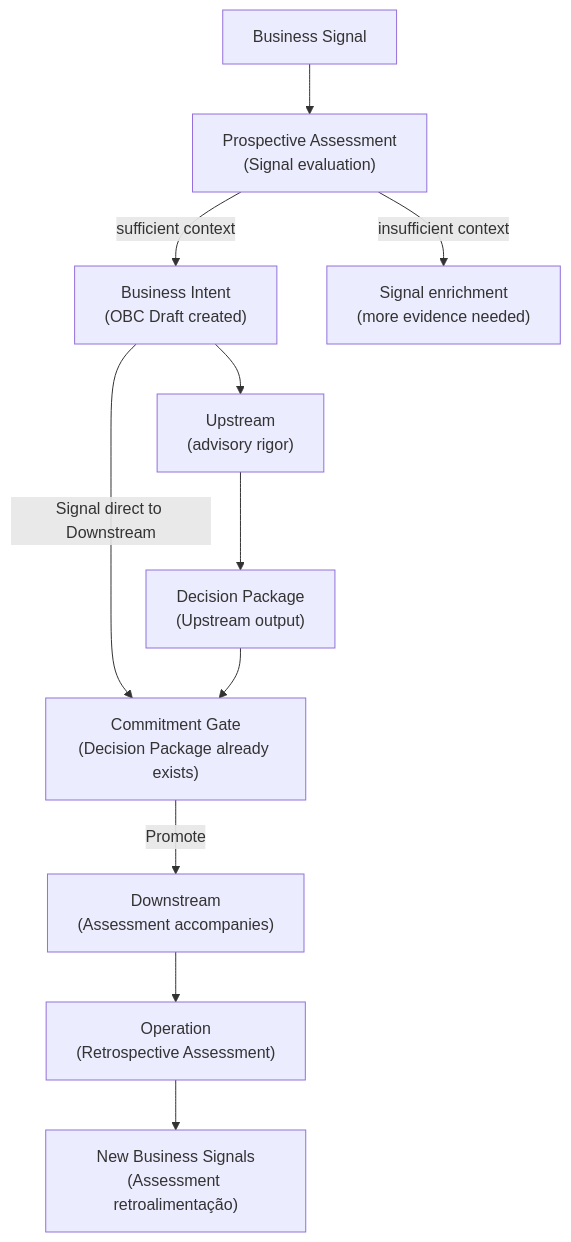
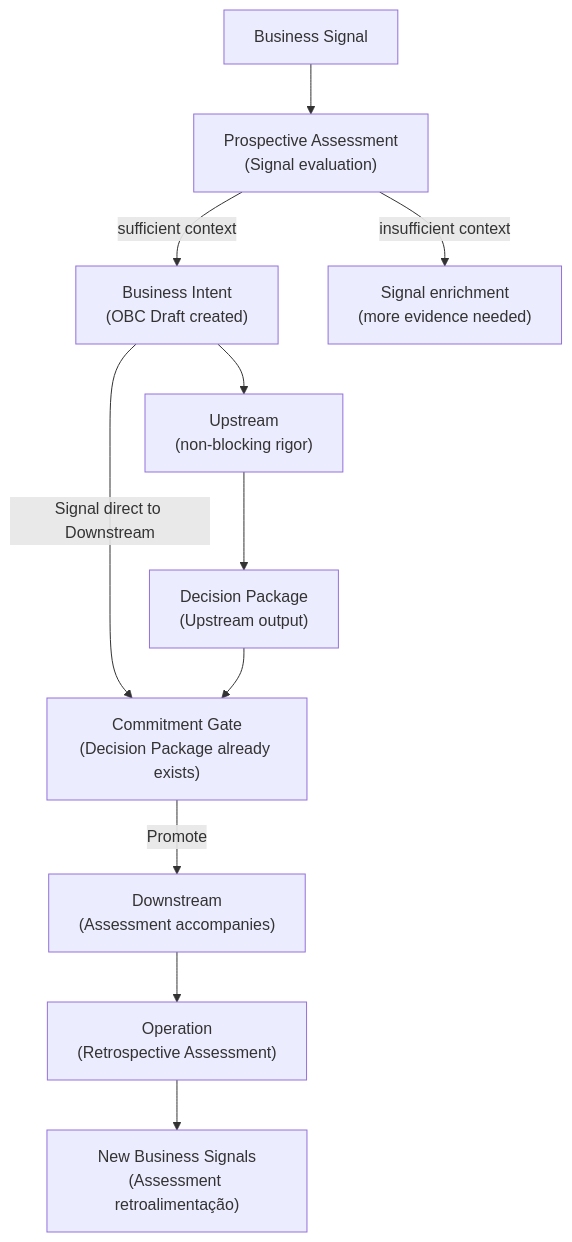
One commit to produtoreativo/from-intent-to-outcome changed the second of 4 diagrams in en/chapter-04.md. Above: the diagram before and after it, drawn with Mermaid. The commit also changed 8 other files, not shown here.

````diff
--- a/en/chapter-04.md
+++ b/en/chapter-04.md
@@ -67,13 +67,13 @@
 ```mermaid
 graph TD
     BS["Business Signal"] --> A["Prospective Assessment\n(Signal evaluation)"]
     A --> |"sufficient context"| BI["Business Intent\n(OBC Draft created)"]
     A --> |"insufficient context"| EV["Signal enrichment\n(more evidence needed)"]
-    BI --> UP["Upstream\n(advisory rigor)"]
+    BI --> UP["Upstream\n(non-blocking rigor)"]
     BI --> |"Signal direct to Downstream"| CG["Commitment Gate\n(Decision Package already exists)"]
     UP --> DP["Decision Package\n(Upstream output)"]
     DP --> CG
     CG --> |"Promote"| DS["Downstream\n(Assessment accompanies)"]
     DS --> OP["Operation\n(Retrospective Assessment)"]
     OP --> NBS["New Business Signals\n(Assessment retroalimentação)"]
 ```
````
